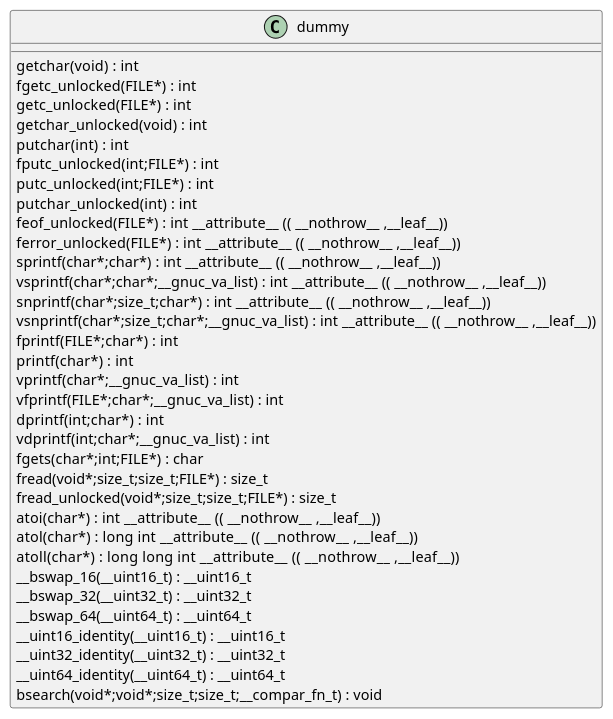
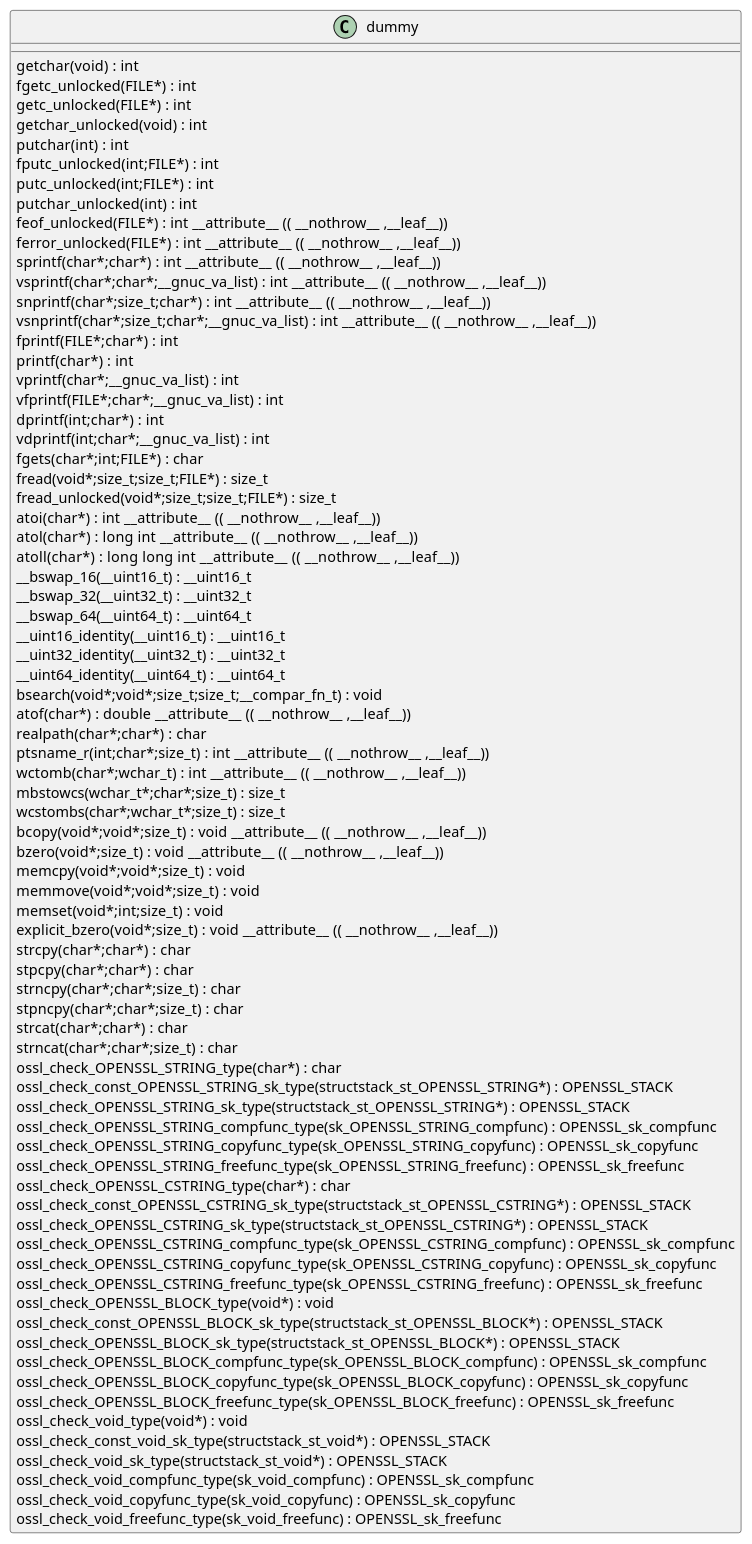
One commit to qualitesys/openssl changed the diagram in docs/qc/crypto/pkcs12/p12_p8e.c.puml. Above: the diagram before and after it, drawn with PlantUML. The commit also changed 5114 other files, not shown here.

```diff
--- a/docs/qc/crypto/pkcs12/p12_p8e.c.puml
+++ b/docs/qc/crypto/pkcs12/p12_p8e.c.puml
@@ -1,38 +1,80 @@
 @startuml
 !pragma layout smetana
 class dummy {
 getchar(void) :  int  [[[./../../.././qc/crypto/pkcs12/p12_p8e.c.html#742]]]
 fgetc_unlocked(FILE*) :  int  [[[./../../.././qc/crypto/pkcs12/p12_p8e.c.html#751]]]
 getc_unlocked(FILE*) :  int  [[[./../../.././qc/crypto/pkcs12/p12_p8e.c.html#761]]]
 getchar_unlocked(void) :  int  [[[./../../.././qc/crypto/pkcs12/p12_p8e.c.html#768]]]
 putchar(int) :  int  [[[./../../.././qc/crypto/pkcs12/p12_p8e.c.html#777]]]
 fputc_unlocked(int;FILE*) :  int  [[[./../../.././qc/crypto/pkcs12/p12_p8e.c.html#786]]]
 putc_unlocked(int;FILE*) :  int  [[[./../../.././qc/crypto/pkcs12/p12_p8e.c.html#796]]]
 putchar_unlocked(int) :  int  [[[./../../.././qc/crypto/pkcs12/p12_p8e.c.html#803]]]
 feof_unlocked(FILE*) :  int  __attribute__ (( __nothrow__ ,__leaf__)) [[[./../../.././qc/crypto/pkcs12/p12_p8e.c.html#809]]]
 ferror_unlocked(FILE*) :  int  __attribute__ (( __nothrow__ ,__leaf__)) [[[./../../.././qc/crypto/pkcs12/p12_p8e.c.html#816]]]
 sprintf(char*;char*) :  int  __attribute__ (( __nothrow__ ,__leaf__)) [[[./../../.././qc/crypto/pkcs12/p12_p8e.c.html#835]]]
 vsprintf(char*;char*;__gnuc_va_list) :  int  __attribute__ (( __nothrow__ ,__leaf__)) [[[./../../.././qc/crypto/pkcs12/p12_p8e.c.html#848]]]
 snprintf(char*;size_t;char*) :  int  __attribute__ (( __nothrow__ ,__leaf__)) [[[./../../.././qc/crypto/pkcs12/p12_p8e.c.html#867]]]
 vsnprintf(char*;size_t;char*;__gnuc_va_list) :  int  __attribute__ (( __nothrow__ ,__leaf__)) [[[./../../.././qc/crypto/pkcs12/p12_p8e.c.html#881]]]
 fprintf(FILE*;char*) :  int  [[[./../../.././qc/crypto/pkcs12/p12_p8e.c.html#902]]]
 printf(char*) :  int  [[[./../../.././qc/crypto/pkcs12/p12_p8e.c.html#909]]]
 vprintf(char*;__gnuc_va_list) :  int  [[[./../../.././qc/crypto/pkcs12/p12_p8e.c.html#921]]]
 vfprintf(FILE*;char*;__gnuc_va_list) :  int  [[[./../../.././qc/crypto/pkcs12/p12_p8e.c.html#931]]]
 dprintf(int;char*) :  int  [[[./../../.././qc/crypto/pkcs12/p12_p8e.c.html#946]]]
 vdprintf(int;char*;__gnuc_va_list) :  int  [[[./../../.././qc/crypto/pkcs12/p12_p8e.c.html#957]]]
 fgets(char*;int;FILE*) :  char  [[[./../../.././qc/crypto/pkcs12/p12_p8e.c.html#976]]]
 fread(void*;size_t;size_t;FILE*) : size_t [[[./../../.././qc/crypto/pkcs12/p12_p8e.c.html#1002]]]
 fread_unlocked(void*;size_t;size_t;FILE*) : size_t [[[./../../.././qc/crypto/pkcs12/p12_p8e.c.html#1029]]]
 atoi(char*) :  int  __attribute__ (( __nothrow__ ,__leaf__)) [[[./../../.././qc/crypto/pkcs12/p12_p8e.c.html#1197]]]
 atol(char*) :  long  int  __attribute__ (( __nothrow__ ,__leaf__)) [[[./../../.././qc/crypto/pkcs12/p12_p8e.c.html#1202]]]
 atoll(char*) :  long  long  int  __attribute__ (( __nothrow__ ,__leaf__)) [[[./../../.././qc/crypto/pkcs12/p12_p8e.c.html#1209]]]
 __bswap_16(__uint16_t) : __uint16_t [[[./../../.././qc/crypto/pkcs12/p12_p8e.c.html#1362]]]
 __bswap_32(__uint32_t) : __uint32_t [[[./../../.././qc/crypto/pkcs12/p12_p8e.c.html#1377]]]
 __bswap_64(__uint64_t) : __uint64_t [[[./../../.././qc/crypto/pkcs12/p12_p8e.c.html#1387]]]
 __uint16_identity(__uint16_t) : __uint16_t [[[./../../.././qc/crypto/pkcs12/p12_p8e.c.html#1399]]]
 __uint32_identity(__uint32_t) : __uint32_t [[[./../../.././qc/crypto/pkcs12/p12_p8e.c.html#1405]]]
 __uint64_identity(__uint64_t) : __uint64_t [[[./../../.././qc/crypto/pkcs12/p12_p8e.c.html#1411]]]
 bsearch(void*;void*;size_t;size_t;__compar_fn_t) :  void  [[[./../../.././qc/crypto/pkcs12/p12_p8e.c.html#2079]]]
+atof(char*) :  double  __attribute__ (( __nothrow__ ,__leaf__)) [[[./../../.././qc/crypto/pkcs12/p12_p8e.c.html#1]]]
+realpath(char*;char*) :  char  [[[./../../.././qc/crypto/pkcs12/p12_p8e.c.html#1]]]
+ptsname_r(int;char*;size_t) :  int  __attribute__ (( __nothrow__ ,__leaf__)) [[[./../../.././qc/crypto/pkcs12/p12_p8e.c.html#1]]]
+wctomb(char*;wchar_t) :  int  __attribute__ (( __nothrow__ ,__leaf__)) [[[./../../.././qc/crypto/pkcs12/p12_p8e.c.html#1]]]
+mbstowcs(wchar_t*;char*;size_t) : size_t [[[./../../.././qc/crypto/pkcs12/p12_p8e.c.html#1]]]
+wcstombs(char*;wchar_t*;size_t) : size_t [[[./../../.././qc/crypto/pkcs12/p12_p8e.c.html#1]]]
+bcopy(void*;void*;size_t) :  void  __attribute__ (( __nothrow__ ,__leaf__)) [[[./../../.././qc/crypto/pkcs12/p12_p8e.c.html#1]]]
+bzero(void*;size_t) :  void  __attribute__ (( __nothrow__ ,__leaf__)) [[[./../../.././qc/crypto/pkcs12/p12_p8e.c.html#1]]]
+memcpy(void*;void*;size_t) :  void  [[[./../../.././qc/crypto/pkcs12/p12_p8e.c.html#1]]]
+memmove(void*;void*;size_t) :  void  [[[./../../.././qc/crypto/pkcs12/p12_p8e.c.html#1]]]
+memset(void*;int;size_t) :  void  [[[./../../.././qc/crypto/pkcs12/p12_p8e.c.html#1]]]
+explicit_bzero(void*;size_t) :  void  __attribute__ (( __nothrow__ ,__leaf__)) [[[./../../.././qc/crypto/pkcs12/p12_p8e.c.html#1]]]
+strcpy(char*;char*) :  char  [[[./../../.././qc/crypto/pkcs12/p12_p8e.c.html#1]]]
+stpcpy(char*;char*) :  char  [[[./../../.././qc/crypto/pkcs12/p12_p8e.c.html#1]]]
+strncpy(char*;char*;size_t) :  char  [[[./../../.././qc/crypto/pkcs12/p12_p8e.c.html#1]]]
+stpncpy(char*;char*;size_t) :  char  [[[./../../.././qc/crypto/pkcs12/p12_p8e.c.html#1]]]
+strcat(char*;char*) :  char  [[[./../../.././qc/crypto/pkcs12/p12_p8e.c.html#1]]]
+strncat(char*;char*;size_t) :  char  [[[./../../.././qc/crypto/pkcs12/p12_p8e.c.html#1]]]
+ossl_check_OPENSSL_STRING_type(char*) :  char  [[[./../../.././qc/crypto/pkcs12/p12_p8e.c.html#1]]]
+ossl_check_const_OPENSSL_STRING_sk_type(structstack_st_OPENSSL_STRING*) : OPENSSL_STACK [[[./../../.././qc/crypto/pkcs12/p12_p8e.c.html#1]]]
+ossl_check_OPENSSL_STRING_sk_type(structstack_st_OPENSSL_STRING*) : OPENSSL_STACK [[[./../../.././qc/crypto/pkcs12/p12_p8e.c.html#1]]]
+ossl_check_OPENSSL_STRING_compfunc_type(sk_OPENSSL_STRING_compfunc) : OPENSSL_sk_compfunc [[[./../../.././qc/crypto/pkcs12/p12_p8e.c.html#1]]]
+ossl_check_OPENSSL_STRING_copyfunc_type(sk_OPENSSL_STRING_copyfunc) : OPENSSL_sk_copyfunc [[[./../../.././qc/crypto/pkcs12/p12_p8e.c.html#1]]]
+ossl_check_OPENSSL_STRING_freefunc_type(sk_OPENSSL_STRING_freefunc) : OPENSSL_sk_freefunc [[[./../../.././qc/crypto/pkcs12/p12_p8e.c.html#1]]]
+ossl_check_OPENSSL_CSTRING_type(char*) :  char  [[[./../../.././qc/crypto/pkcs12/p12_p8e.c.html#1]]]
+ossl_check_const_OPENSSL_CSTRING_sk_type(structstack_st_OPENSSL_CSTRING*) : OPENSSL_STACK [[[./../../.././qc/crypto/pkcs12/p12_p8e.c.html#1]]]
+ossl_check_OPENSSL_CSTRING_sk_type(structstack_st_OPENSSL_CSTRING*) : OPENSSL_STACK [[[./../../.././qc/crypto/pkcs12/p12_p8e.c.html#1]]]
+ossl_check_OPENSSL_CSTRING_compfunc_type(sk_OPENSSL_CSTRING_compfunc) : OPENSSL_sk_compfunc [[[./../../.././qc/crypto/pkcs12/p12_p8e.c.html#1]]]
+ossl_check_OPENSSL_CSTRING_copyfunc_type(sk_OPENSSL_CSTRING_copyfunc) : OPENSSL_sk_copyfunc [[[./../../.././qc/crypto/pkcs12/p12_p8e.c.html#1]]]
+ossl_check_OPENSSL_CSTRING_freefunc_type(sk_OPENSSL_CSTRING_freefunc) : OPENSSL_sk_freefunc [[[./../../.././qc/crypto/pkcs12/p12_p8e.c.html#1]]]
+ossl_check_OPENSSL_BLOCK_type(void*) :  void  [[[./../../.././qc/crypto/pkcs12/p12_p8e.c.html#1]]]
+ossl_check_const_OPENSSL_BLOCK_sk_type(structstack_st_OPENSSL_BLOCK*) : OPENSSL_STACK [[[./../../.././qc/crypto/pkcs12/p12_p8e.c.html#1]]]
+ossl_check_OPENSSL_BLOCK_sk_type(structstack_st_OPENSSL_BLOCK*) : OPENSSL_STACK [[[./../../.././qc/crypto/pkcs12/p12_p8e.c.html#1]]]
+ossl_check_OPENSSL_BLOCK_compfunc_type(sk_OPENSSL_BLOCK_compfunc) : OPENSSL_sk_compfunc [[[./../../.././qc/crypto/pkcs12/p12_p8e.c.html#1]]]
+ossl_check_OPENSSL_BLOCK_copyfunc_type(sk_OPENSSL_BLOCK_copyfunc) : OPENSSL_sk_copyfunc [[[./../../.././qc/crypto/pkcs12/p12_p8e.c.html#1]]]
+ossl_check_OPENSSL_BLOCK_freefunc_type(sk_OPENSSL_BLOCK_freefunc) : OPENSSL_sk_freefunc [[[./../../.././qc/crypto/pkcs12/p12_p8e.c.html#1]]]
+ossl_check_void_type(void*) :  void  [[[./../../.././qc/crypto/pkcs12/p12_p8e.c.html#1]]]
+ossl_check_const_void_sk_type(structstack_st_void*) : OPENSSL_STACK [[[./../../.././qc/crypto/pkcs12/p12_p8e.c.html#1]]]
+ossl_check_void_sk_type(structstack_st_void*) : OPENSSL_STACK [[[./../../.././qc/crypto/pkcs12/p12_p8e.c.html#1]]]
+ossl_check_void_compfunc_type(sk_void_compfunc) : OPENSSL_sk_compfunc [[[./../../.././qc/crypto/pkcs12/p12_p8e.c.html#1]]]
+ossl_check_void_copyfunc_type(sk_void_copyfunc) : OPENSSL_sk_copyfunc [[[./../../.././qc/crypto/pkcs12/p12_p8e.c.html#1]]]
+ossl_check_void_freefunc_type(sk_void_freefunc) : OPENSSL_sk_freefunc [[[./../../.././qc/crypto/pkcs12/p12_p8e.c.html#1]]]
 } 
 @enduml
```
